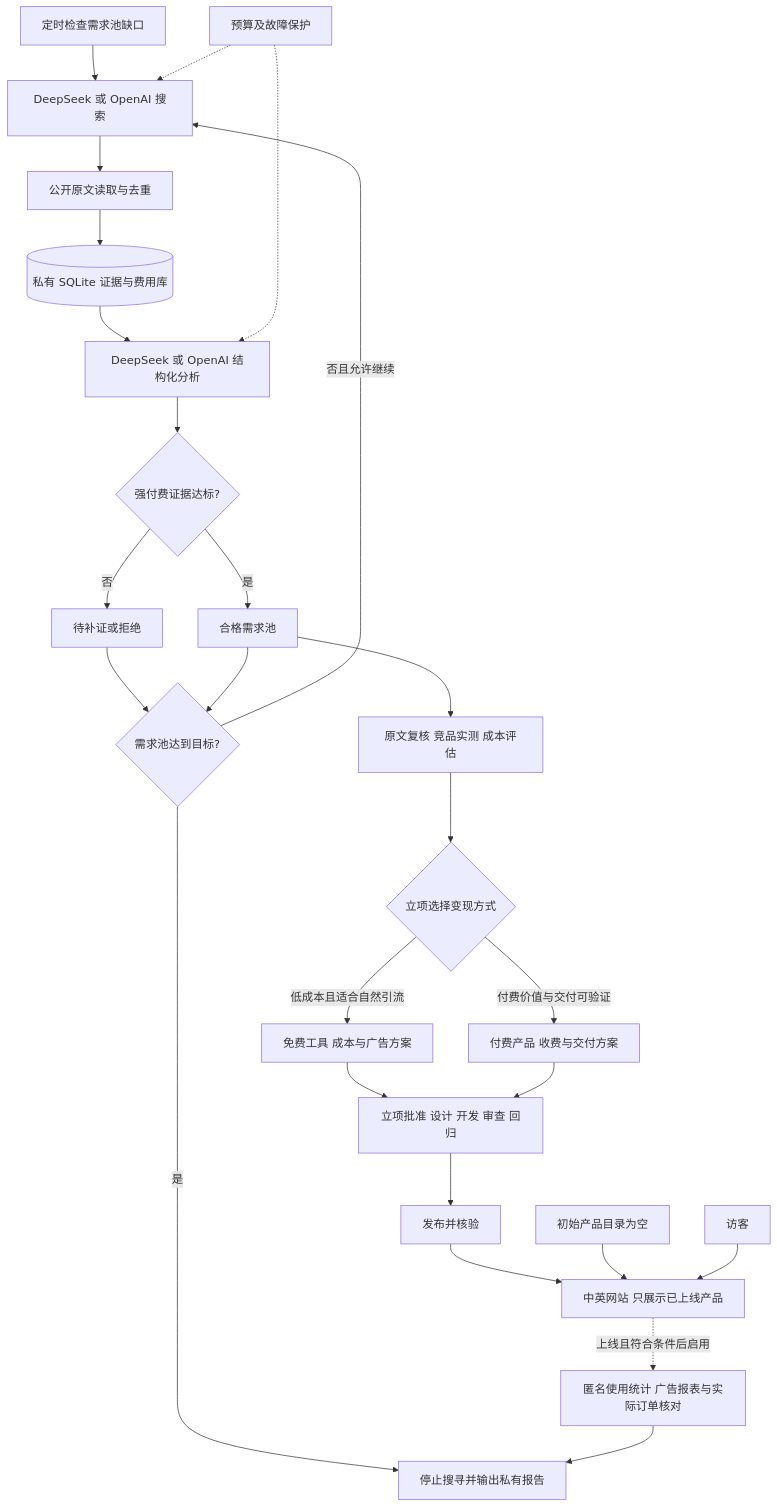
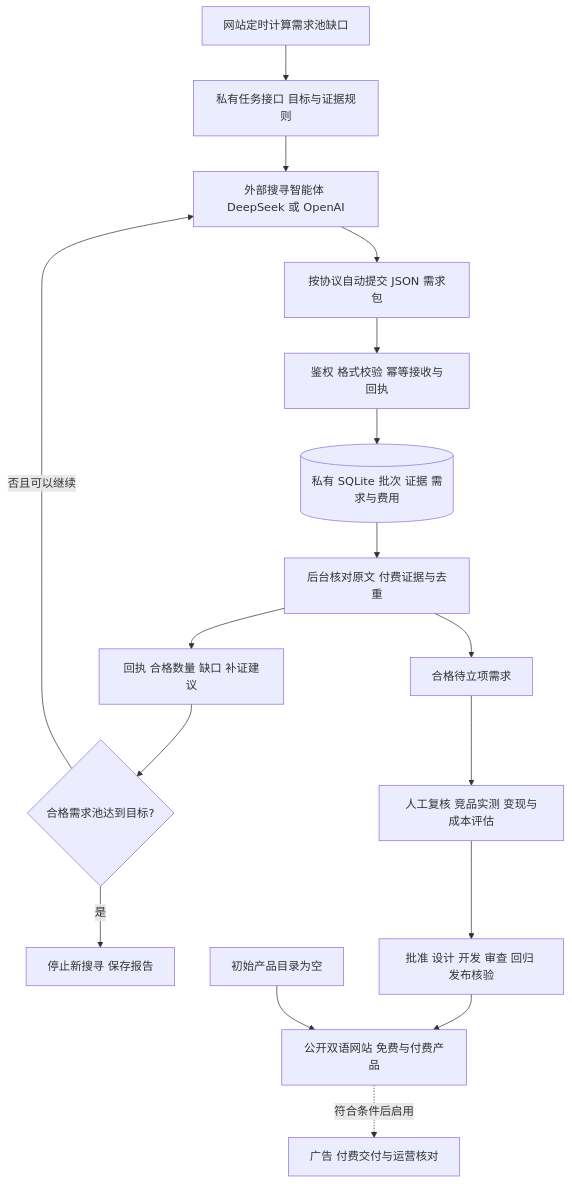
The diagram in docs/superpowers/specs/2026-11-08-creative-platform-design.md (yyl1212/creative), drawn with Mermaid before and after one commit. The commit also changed other lines of this file and 1 other file, not shown here.

````diff
--- a/docs/superpowers/specs/2026-11-08-creative-platform-design.md
+++ b/docs/superpowers/specs/2026-11-08-creative-platform-design.md
@@ -82,28 +82,19 @@
 ```mermaid
 flowchart TB
-    T[定时检查需求池缺口] --> S[DeepSeek 或 OpenAI 搜索]
-    S --> F[公开原文读取与去重]
-    F --> DB[(私有 SQLite 证据与费用库)]
-    DB --> AI[DeepSeek 或 OpenAI 结构化分析]
-    AI --> P{强付费证据达标?}
-    P -- 否 --> C[待补证或拒绝]
-    P -- 是 --> N[合格需求池]
-    C --> Q{需求池达到目标?}
-    N --> Q
-    Q -- 否且允许继续 --> S
-    Q -- 是 --> R[停止搜寻并输出私有报告]
-    N --> A[原文复核 竞品实测 成本评估]
-    A --> K{立项选择变现方式}
-    K -- 低成本且适合自然引流 --> FA[免费工具 成本与广告方案]
-    K -- 付费价值与交付可验证 --> PA[付费产品 收费与交付方案]
-    FA --> G[立项批准 设计 开发 审查 回归]
-    PA --> G
-    G --> D[发布并核验]
-    D --> W[中英网站 只展示已上线产品]
-    E[初始产品目录为空] --> W
-    U[访客] --> W
-    W -. 上线且符合条件后启用 .-> M[匿名使用统计 广告报表与实际订单核对]
-    M --> R
-    B[预算及故障保护] -.-> S
-    B -.-> AI
+    T[网站定时计算需求池缺口] --> TASK[私有任务接口 目标与证据规则]
+    TASK --> AG[外部搜寻智能体 DeepSeek 或 OpenAI]
+    AG --> PKG[按协议自动提交 JSON 需求包]
+    PKG --> API[鉴权 格式校验 幂等接收与回执]
+    API --> DB[(私有 SQLite 批次 证据 需求与费用)]
+    DB --> V[后台核对原文 付费证据与去重]
+    V --> RESULT[回执 合格数量 缺口 补证建议]
+    RESULT --> Q{合格需求池达到目标?}
+    Q -- 否且可以继续 --> AG
+    Q -- 是 --> STOP[停止新搜寻 保存报告]
+    V --> N[合格待立项需求]
+    N --> R[人工复核 竞品实测 变现与成本评估]
+    R --> DEV[批准 设计 开发 审查 回归 发布核验]
+    DEV --> SITE[公开双语网站 免费与付费产品]
+    EMPTY[初始产品目录为空] --> SITE
+    SITE -. 符合条件后启用 .-> OPS[广告 付费交付与运营核对]
 ```
````
